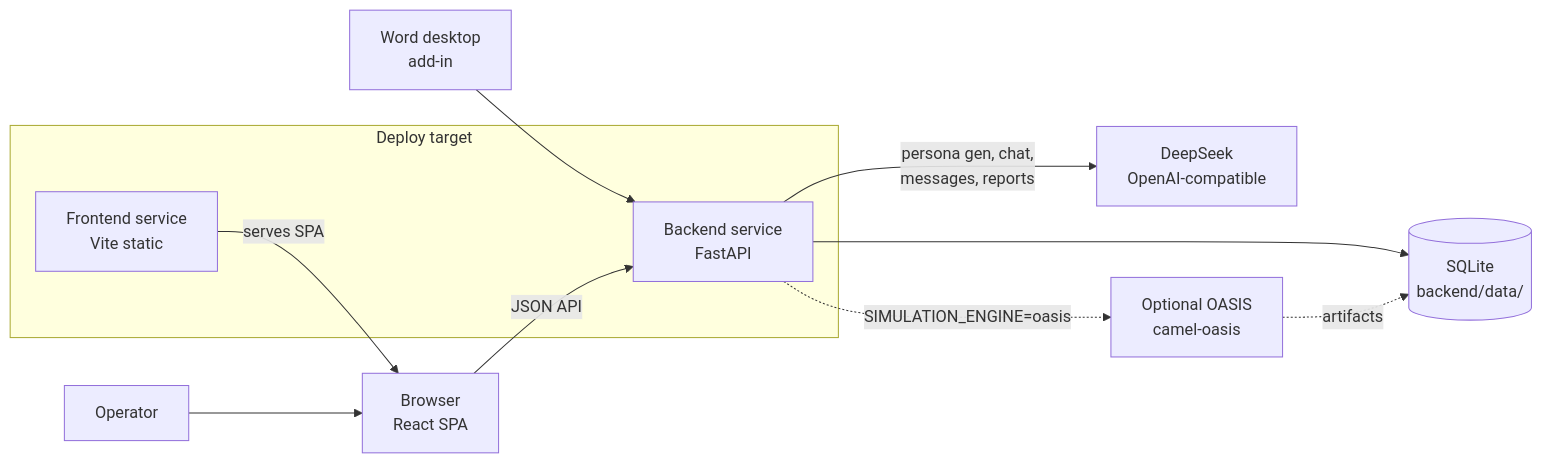
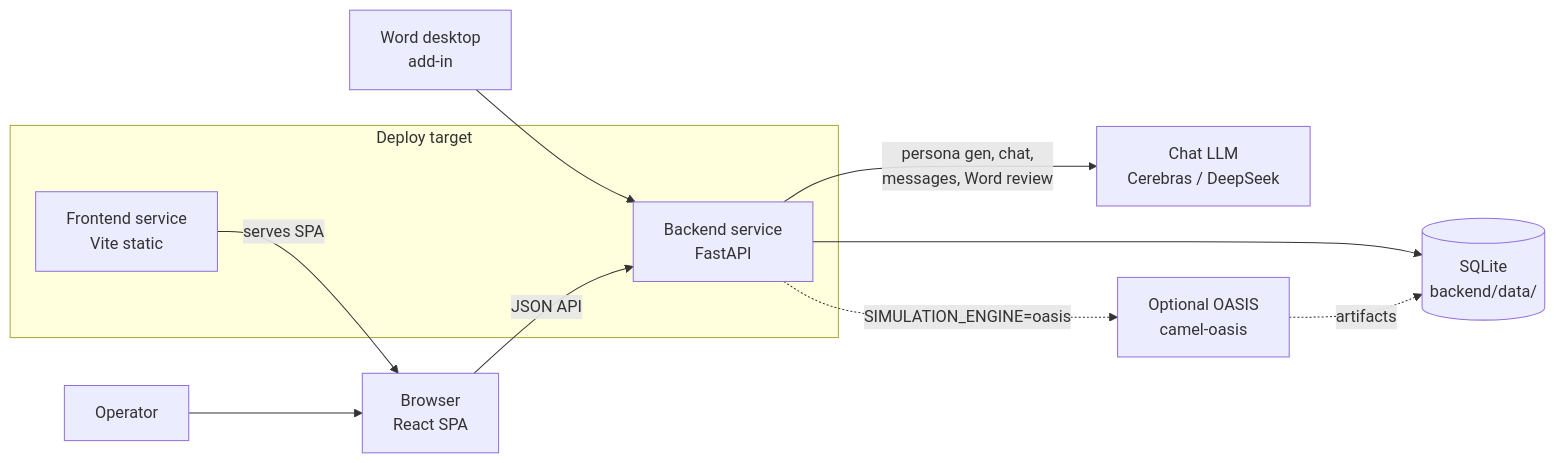
One commit to kajmund/socialism changed the diagram in docs/architecture.md. Above: the diagram before and after it, drawn with Mermaid. The commit also changed other lines of this file and 26 other files, not shown here.

First line of the commit message:
Use Cerebras gpt-oss-120b as the default chat LLM.

````diff
--- a/docs/architecture.md
+++ b/docs/architecture.md
@@ -11,21 +11,21 @@
 ```mermaid
 flowchart LR
     user[Operator] --> browser[Browser<br/>React SPA]
     word[Word desktop<br/>add-in] --> backend
 
     subgraph railway[Deploy target]
         frontend[Frontend service<br/>Vite static]
         backend[Backend service<br/>FastAPI]
     end
 
     sqlite[(SQLite<br/>backend/data/)]
-    deepseek[DeepSeek<br/>OpenAI-compatible]
+    chatllm[Chat LLM<br/>Cerebras / DeepSeek]
     oasis[Optional OASIS<br/>camel-oasis]
 
     frontend -->|serves SPA| browser
     browser -->|JSON API| backend
     backend --> sqlite
-    backend -->|persona gen, chat,<br/>messages, reports| deepseek
+    backend -->|persona gen, chat,<br/>messages, Word review| chatllm
     backend -.->|SIMULATION_ENGINE=oasis| oasis
     oasis -.->|artifacts| sqlite
 ```
````
